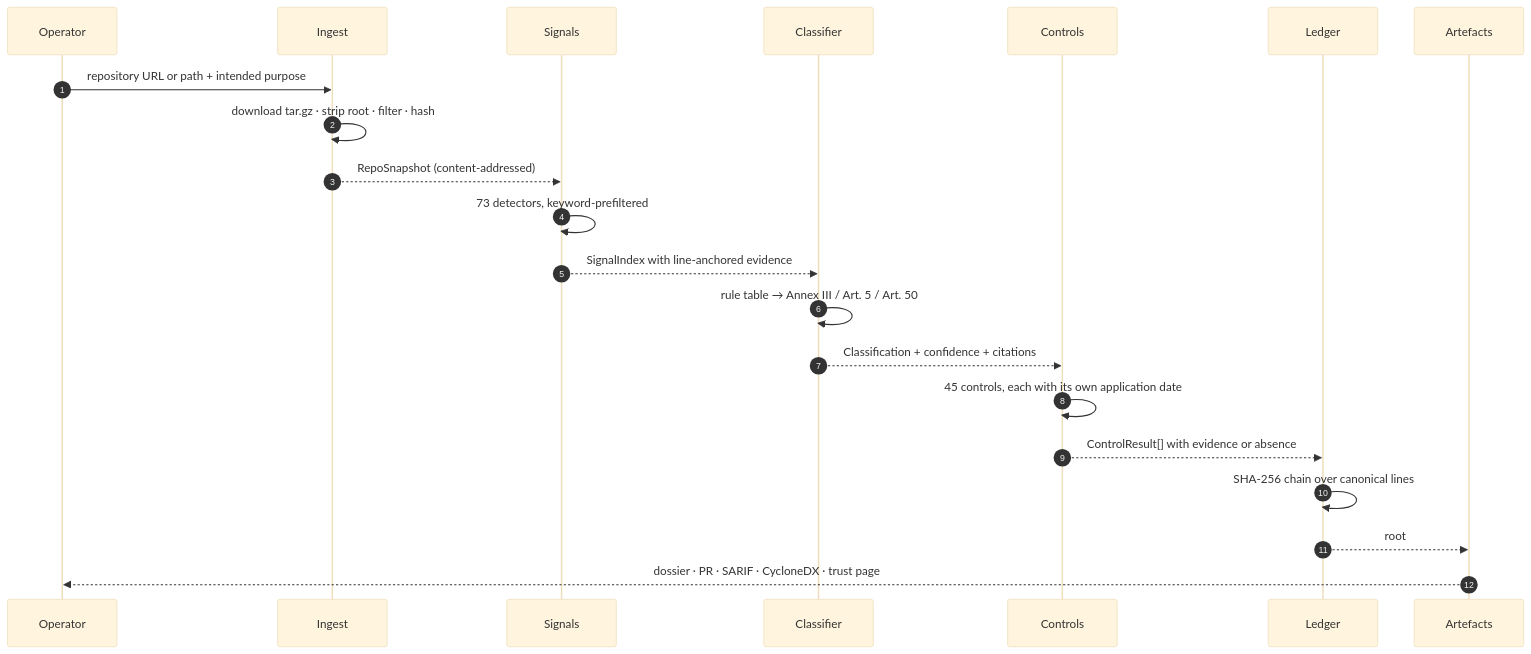
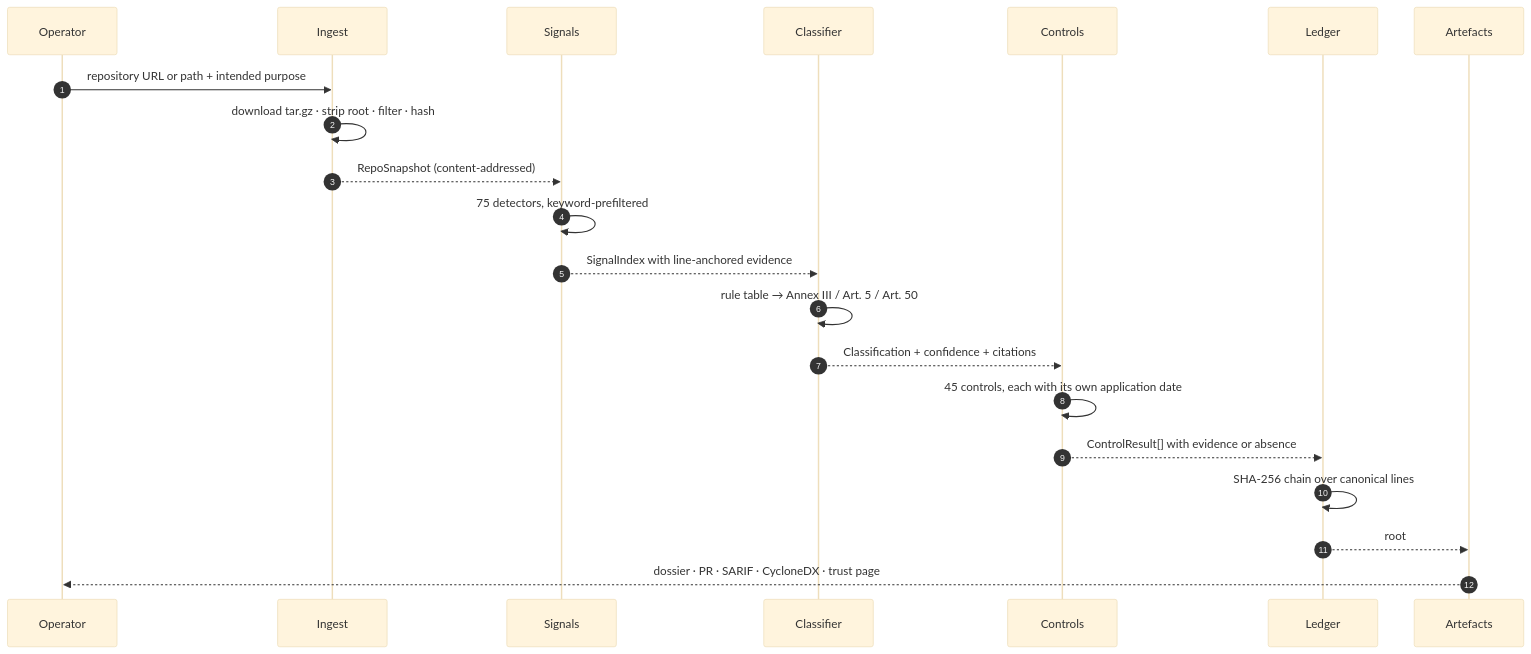
The diagram in docs/ARCHITECTURE.md (shi1720/LexHack), drawn with Mermaid (base theme) before and after one commit. The commit also changed other lines of this file and 46 other files, not shown here.

````diff
--- a/docs/ARCHITECTURE.md
+++ b/docs/ARCHITECTURE.md
@@ -13,24 +13,24 @@
 ```mermaid
 sequenceDiagram
     autonumber
     participant U as Operator
     participant I as Ingest
     participant S as Signals
     participant C as Classifier
     participant E as Controls
     participant L as Ledger
     participant A as Artefacts
 
     U->>I: repository URL or path + intended purpose
     I->>I: download tar.gz · strip root · filter · hash
     I-->>S: RepoSnapshot (content-addressed)
-    S->>S: 73 detectors, keyword-prefiltered
+    S->>S: 75 detectors, keyword-prefiltered
     S-->>C: SignalIndex with line-anchored evidence
     C->>C: rule table → Annex III / Art. 5 / Art. 50
     C-->>E: Classification + confidence + citations
     E->>E: 45 controls, each with its own application date
     E-->>L: ControlResult[] with evidence or absence
     L->>L: SHA-256 chain over canonical lines
     L-->>A: root
     A-->>U: dossier · PR · SARIF · CycloneDX · trust page
 ```
````
